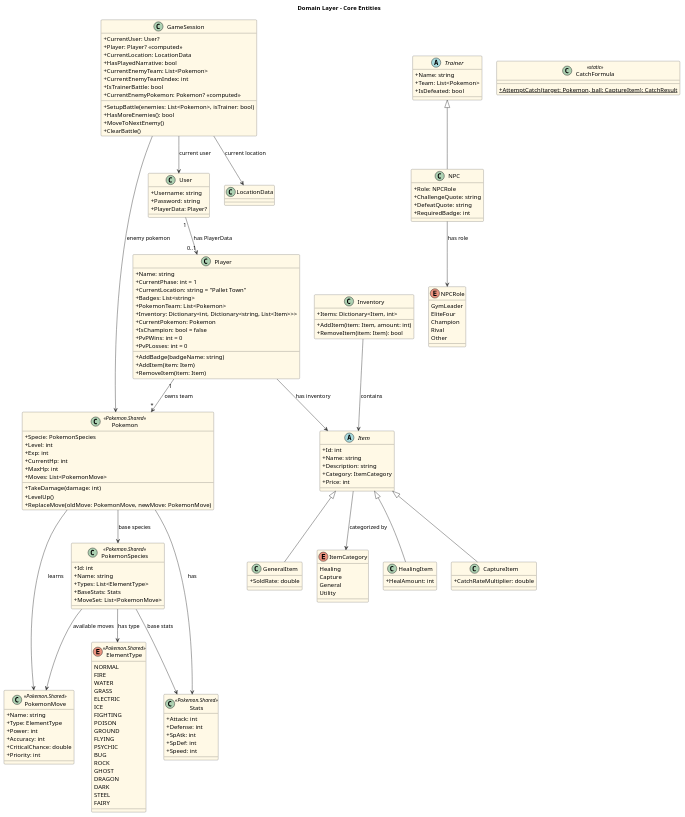
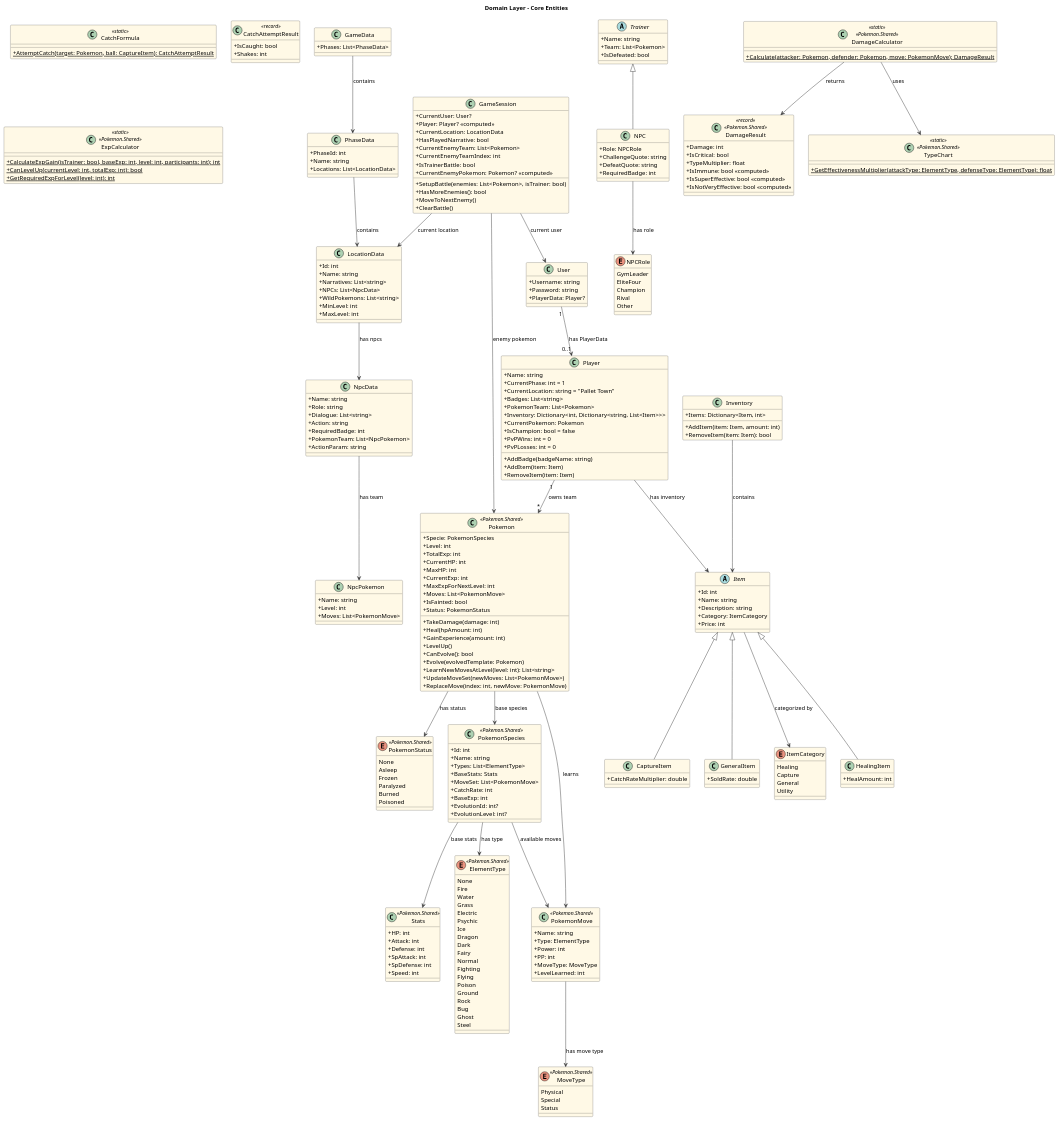
One commit to devKasumi/PokemonConsole changed the diagram in TurnBasedPokemon/Diagram/ClassDiagram/DomainLayer.puml. Above: the diagram before and after it, drawn with PlantUML. The commit also changed 72 other files, not shown here.

```diff
--- a/TurnBasedPokemon/Diagram/ClassDiagram/DomainLayer.puml
+++ b/TurnBasedPokemon/Diagram/ClassDiagram/DomainLayer.puml
@@ -34,13 +34,23 @@
 class Pokemon <<Pokemon.Shared>> {
   + Specie: PokemonSpecies
   + Level: int
-  + Exp: int
-  + CurrentHp: int
-  + MaxHp: int
+  + TotalExp: int
+  + CurrentHP: int
+  + MaxHP: int
+  + CurrentExp: int
+  + MaxExpForNextLevel: int
   + Moves: List<PokemonMove>
+  + IsFainted: bool
+  + Status: PokemonStatus
   + TakeDamage(damage: int)
+  + Heal(hpAmount: int)
+  + GainExperience(amount: int)
   + LevelUp()
-  + ReplaceMove(oldMove: PokemonMove, newMove: PokemonMove)
+  + CanEvolve(): bool
+  + Evolve(evolvedTemplate: Pokemon)
+  + LearnNewMovesAtLevel(level: int): List<string>
+  + UpdateMoveSet(newMoves: List<PokemonMove>)
+  + ReplaceMove(index: int, newMove: PokemonMove)
 }
 
 class PokemonSpecies <<Pokemon.Shared>> {
@@ -49,44 +59,65 @@
   + Types: List<ElementType>
   + BaseStats: Stats
   + MoveSet: List<PokemonMove>
+  + CatchRate: int
+  + BaseExp: int
+  + EvolutionId: int?
+  + EvolutionLevel: int?
 }
 
 class PokemonMove <<Pokemon.Shared>> {
   + Name: string
   + Type: ElementType
   + Power: int
-  + Accuracy: int
-  + CriticalChance: double
-  + Priority: int
+  + PP: int
+  + MoveType: MoveType
+  + LevelLearned: int
 }
 
 class Stats <<Pokemon.Shared>> {
+  + HP: int
   + Attack: int
   + Defense: int
-  + SpAtk: int
-  + SpDef: int
+  + SpAttack: int
+  + SpDefense: int
   + Speed: int
 }
 
 enum ElementType <<Pokemon.Shared>> {
-  NORMAL
-  FIRE
-  WATER
-  GRASS
-  ELECTRIC
-  ICE
-  FIGHTING
-  POISON
-  GROUND
-  FLYING
-  PSYCHIC
-  BUG
-  ROCK
-  GHOST
-  DRAGON
-  DARK
-  STEEL
-  FAIRY
+  None
+  Fire
+  Water
+  Grass
+  Electric
+  Psychic
+  Ice
+  Dragon
+  Dark
+  Fairy
+  Normal
+  Fighting
+  Flying
+  Poison
+  Ground
+  Rock
+  Bug
+  Ghost
+  Steel
+}
+
+enum MoveType <<Pokemon.Shared>> {
+  Physical
+  Special
+  Status
+}
+
+enum PokemonStatus <<Pokemon.Shared>> {
+  None
+  Asleep
+  Frozen
+  Paralyzed
+  Burned
+  Poisoned
 }
 
 enum ItemCategory {
@@ -159,7 +190,73 @@
 }
 
 class CatchFormula <<static>> {
-  + {static} AttemptCatch(target: Pokemon, ball: CaptureItem): CatchResult
+  + {static} AttemptCatch(target: Pokemon, ball: CaptureItem): CatchAttemptResult
+}
+
+class CatchAttemptResult <<record>> {
+  + IsCaught: bool
+  + Shakes: int
+}
+
+' ===== Story Data Models =====
+class GameData {
+  + Phases: List<PhaseData>
+}
+
+class PhaseData {
+  + PhaseId: int
+  + Name: string
+  + Locations: List<LocationData>
+}
+
+class LocationData {
+  + Id: int
+  + Name: string
+  + Narratives: List<string>
+  + NPCs: List<NpcData>
+  + WildPokemons: List<string>
+  + MinLevel: int
+  + MaxLevel: int
+}
+
+class NpcData {
+  + Name: string
+  + Role: string
+  + Dialogue: List<string>
+  + Action: string
+  + RequiredBadge: int
+  + PokemonTeam: List<NpcPokemon>
+  + ActionParam: string
+}
+
+class NpcPokemon {
+  + Name: string
+  + Level: int
+  + Moves: List<PokemonMove>
+}
+
+' ===== Pokemon.Shared Rules =====
+class DamageCalculator <<static>> <<Pokemon.Shared>> {
+  + {static} Calculate(attacker: Pokemon, defender: Pokemon, move: PokemonMove): DamageResult
+}
+
+class DamageResult <<record>> <<Pokemon.Shared>> {
+  + Damage: int
+  + IsCritical: bool
+  + TypeMultiplier: float
+  + IsImmune: bool <<computed>>
+  + IsSuperEffective: bool <<computed>>
+  + IsNotVeryEffective: bool <<computed>>
+}
+
+class ExpCalculator <<static>> <<Pokemon.Shared>> {
+  + {static} CalculateExpGain(isTrainer: bool, baseExp: int, level: int, participants: int): int
+  + {static} CanLevelUp(currentLevel: int, totalExp: int): bool
+  + {static} GetRequiredExpForLevel(level: int): int
+}
+
+class TypeChart <<static>> <<Pokemon.Shared>> {
+  + {static} GetEffectivenessMultiplier(attackType: ElementType, defenseType: ElementType): float
 }
 
 ' Relationships
@@ -169,11 +266,12 @@
 
 Pokemon --> PokemonSpecies : base species
 Pokemon --> PokemonMove : learns
-Pokemon --> Stats : has
+Pokemon --> PokemonStatus : has status
 
 PokemonSpecies --> Stats : base stats
 PokemonSpecies --> PokemonMove : available moves
 PokemonSpecies --> ElementType : has type
+PokemonMove --> MoveType : has move type
 
 Item <|-- HealingItem
 Item <|-- CaptureItem
@@ -189,4 +287,12 @@
 GameSession --> Pokemon : enemy pokemon
 GameSession --> LocationData : current location
 
+GameData --> PhaseData : contains
+PhaseData --> LocationData : contains
+LocationData --> NpcData : has npcs
+NpcData --> NpcPokemon : has team
+
+DamageCalculator --> DamageResult : returns
+DamageCalculator --> TypeChart : uses
+
 @enduml
```
